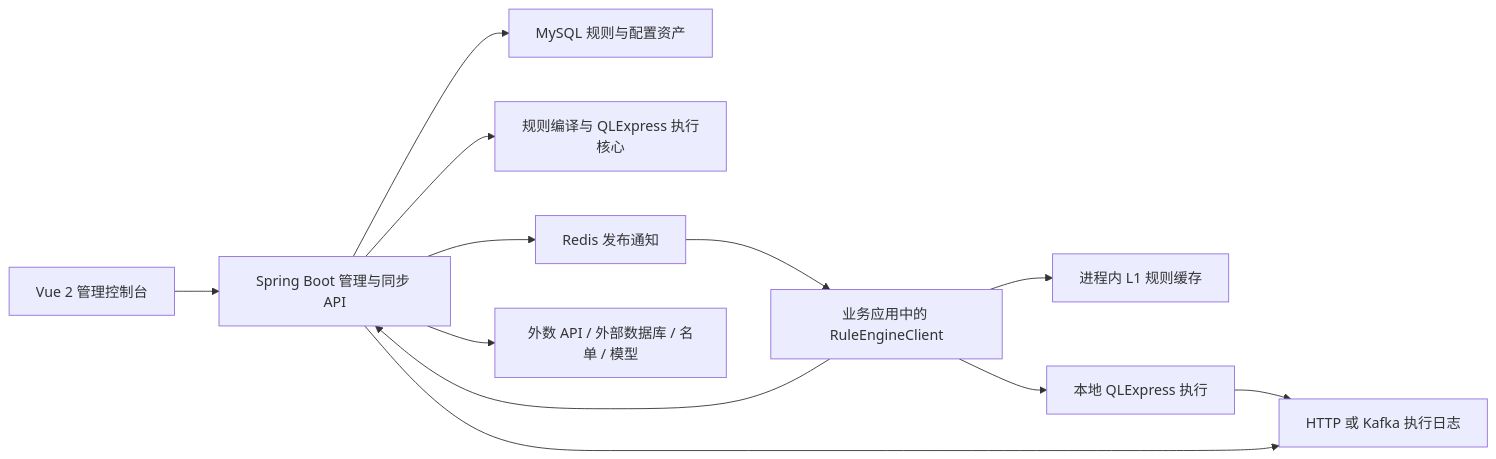
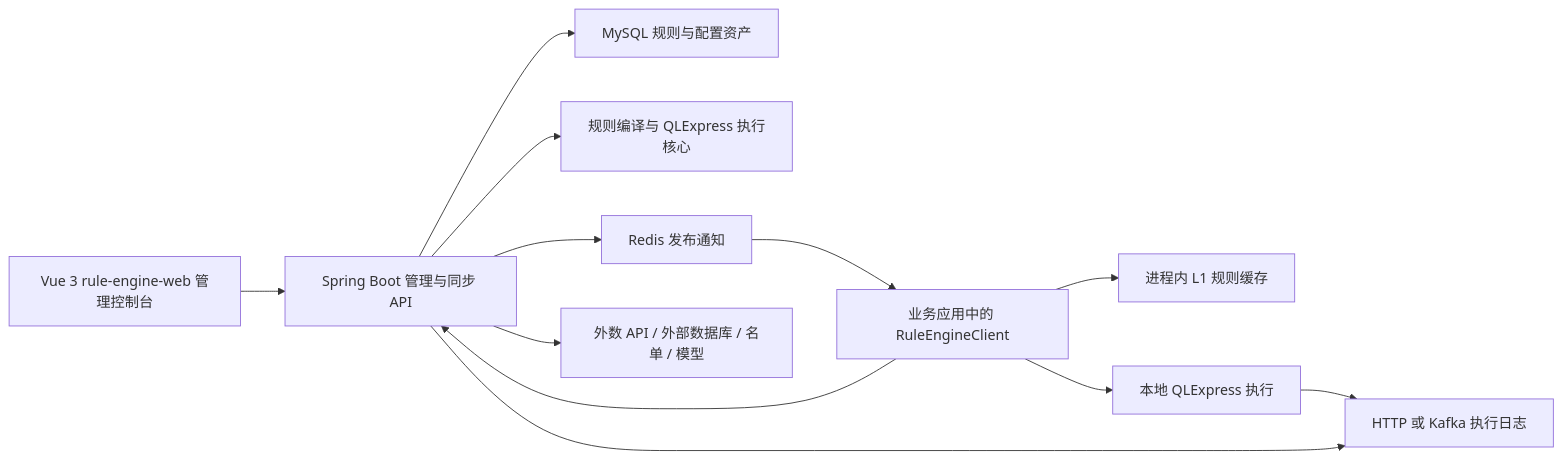
Before and after one commit to hengshu-credit/tianshu-decision-engine: the first of 2 diagrams in docs/research/2026-07-17-tianshu-decision-engine-current-state.md, drawn with Mermaid. The commit also changed other lines of this file and 557 other files, not shown here.

Commit message:
chore: rename frontend directory to rule-engine-web

````diff
--- a/docs/research/2026-07-17-tianshu-decision-engine-current-state.md
+++ b/docs/research/2026-07-17-tianshu-decision-engine-current-state.md
@@ -69,14 +69,14 @@
 ```mermaid
 flowchart LR
-  UI["Vue 2 管理控制台"] --> API["Spring Boot 管理与同步 API"]
+  UI["Vue 3 rule-engine-web 管理控制台"] --> API["Spring Boot 管理与同步 API"]
   API --> DB["MySQL 规则与配置资产"]
   API --> CORE["规则编译与 QLExpress 执行核心"]
   API --> REDIS["Redis 发布通知"]
   SDK["业务应用中的 RuleEngineClient"] --> API
   REDIS --> SDK
   SDK --> L1["进程内 L1 规则缓存"]
   SDK --> LOCAL["本地 QLExpress 执行"]
   API --> EXT["外数 API / 外部数据库 / 名单 / 模型"]
   LOCAL --> LOG["HTTP 或 Kafka 执行日志"]
   API --> LOG
 ```
````
